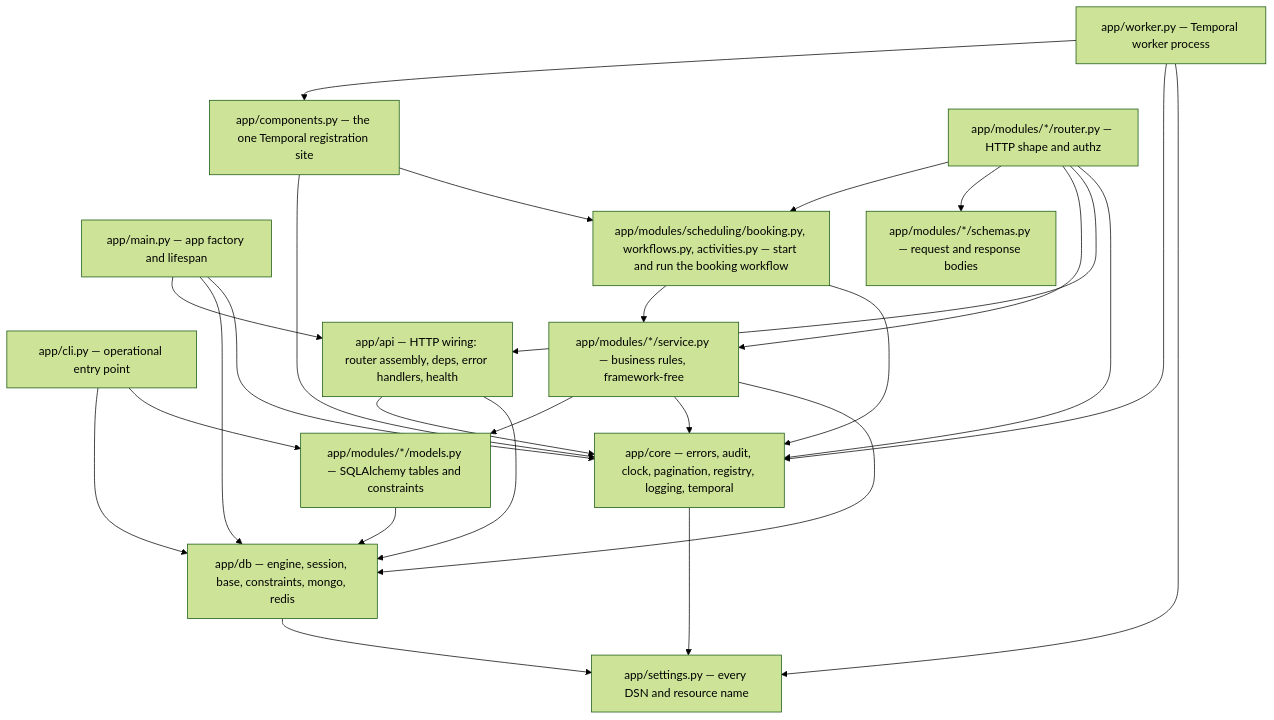
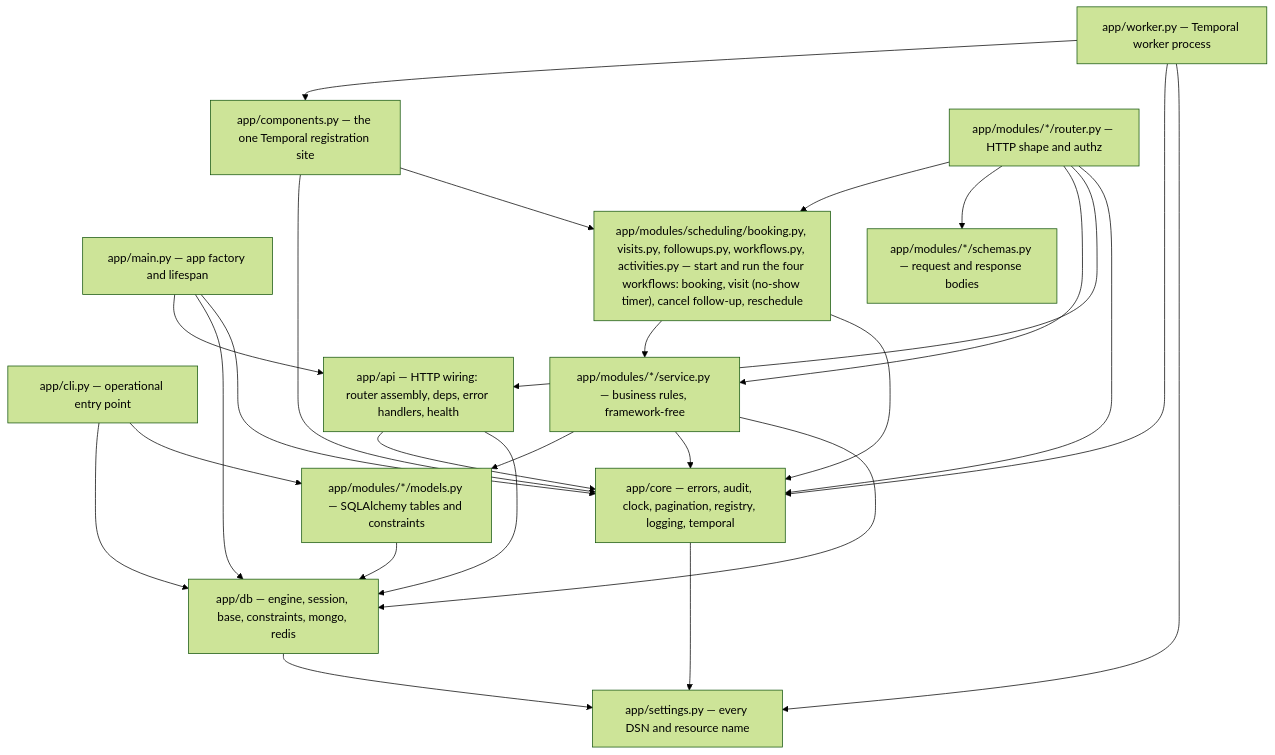
The first of 13 diagrams in docs/ARCHITECTURE.md (sadainiqrar/smarthealth), drawn with Mermaid (forest theme) before and after one commit. The commit also changed other lines of this file and 5 other files, not shown here.

````diff
--- a/docs/ARCHITECTURE.md
+++ b/docs/ARCHITECTURE.md
@@ -112,42 +112,42 @@
 ```mermaid
 flowchart TD
     main["app/main.py — app factory and lifespan"]
     cli["app/cli.py — operational entry point"]
     worker["app/worker.py — Temporal worker process"]
     components["app/components.py — the one Temporal registration site"]
     api["app/api — HTTP wiring: router assembly, deps, error handlers, health"]
     routers["app/modules/*/router.py — HTTP shape and authz"]
     schemas["app/modules/*/schemas.py — request and response bodies"]
     services["app/modules/*/service.py — business rules, framework-free"]
-    temporalmod["app/modules/scheduling/booking.py, workflows.py, activities.py — start and run the booking workflow"]
+    temporalmod["app/modules/scheduling/booking.py, visits.py, followups.py, workflows.py, activities.py — start and run the four workflows: booking, visit (no-show timer), cancel follow-up, reschedule"]
     models["app/modules/*/models.py — SQLAlchemy tables and constraints"]
     db["app/db — engine, session, base, constraints, mongo, redis"]
     core["app/core — errors, audit, clock, pagination, registry, logging, temporal"]
     settings["app/settings.py — every DSN and resource name"]
 
     main --> api
     main --> db
     main --> core
     cli --> db
     cli --> models
     worker --> components
     worker --> core
     worker --> settings
     components --> core
     components --> temporalmod
     routers --> temporalmod
     temporalmod --> services
     temporalmod --> core
     api --> core
     api --> db
     routers --> schemas
     routers --> services
     routers --> api
     routers --> core
     services --> models
     services --> core
     services --> db
     models --> db
     db --> settings
     core --> settings
 ```
````
